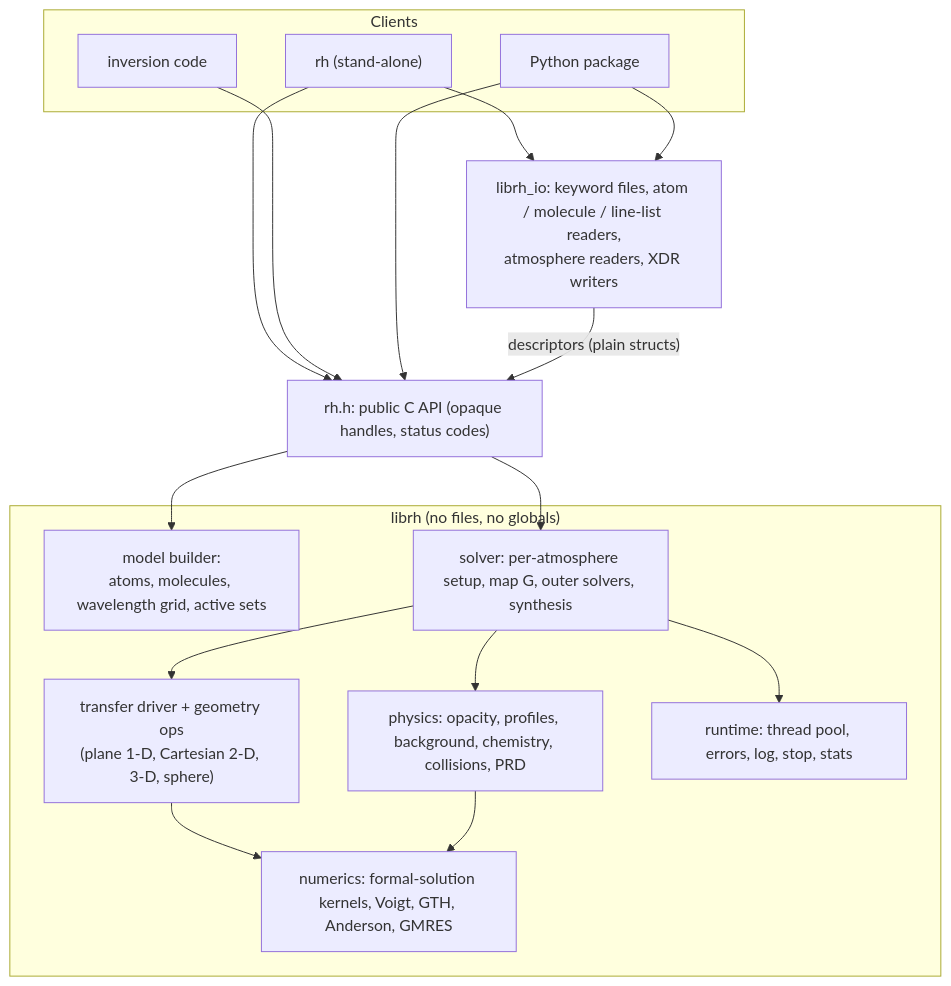
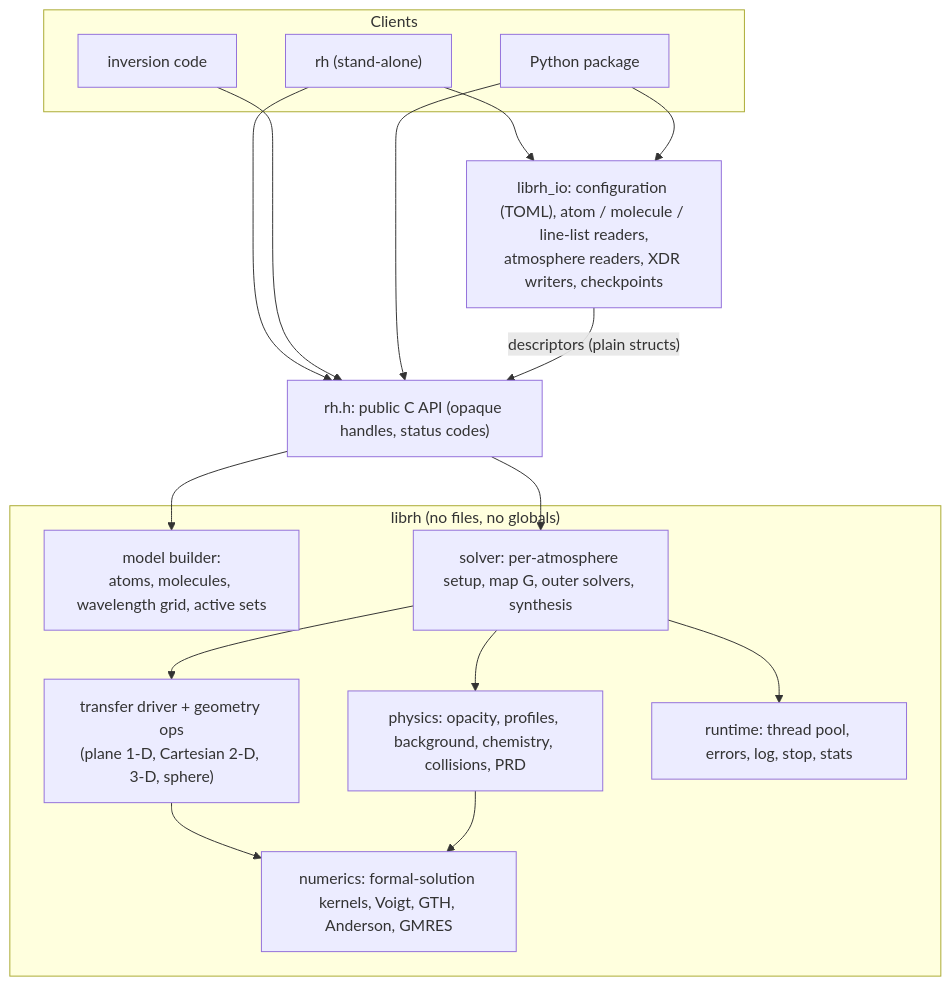
One commit to dwijn/RH changed the first of 5 diagrams in docs/LIBRARY.md. Above: the diagram before and after it, drawn with Mermaid. The commit also changed other lines of this file and 1 other file, not shown here.

First line of the commit message:
LIBRARY.md: decisions of 2026-11-24 (branch chrysalis, layout, rh, checkpoints)

````diff
--- a/docs/LIBRARY.md
+++ b/docs/LIBRARY.md
@@ -119,31 +138,31 @@
 ```mermaid
 flowchart TB
   subgraph Clients
     CLI["rh (stand-alone)"]
     INV["inversion code"]
     PY["Python package"]
   end
-  IO["librh_io: keyword files, atom / molecule / line-list readers,\natmosphere readers, XDR writers"]
+  IO["librh_io: configuration (TOML), atom / molecule / line-list readers,\natmosphere readers, XDR writers, checkpoints"]
   API["rh.h: public C API (opaque handles, status codes)"]
   subgraph Core["librh (no files, no globals)"]
     MOD["model builder:\natoms, molecules, wavelength grid, active sets"]
     SOL["solver: per-atmosphere setup, map G, outer solvers, synthesis"]
     TRN["transfer driver + geometry ops\n(plane 1-D, Cartesian 2-D, 3-D, sphere)"]
     PHY["physics: opacity, profiles, background, chemistry, collisions, PRD"]
     NUM["numerics: formal-solution kernels, Voigt, GTH, Anderson, GMRES"]
     RT["runtime: thread pool, errors, log, stop, stats"]
   end
   CLI --> IO
   PY --> IO
   CLI --> API
   INV --> API
   PY --> API
   IO -->|"descriptors (plain structs)"| API
   API --> MOD
   API --> SOL
   SOL --> TRN
   SOL --> PHY
   TRN --> NUM
   PHY --> NUM
   SOL --> RT
 ```
````
